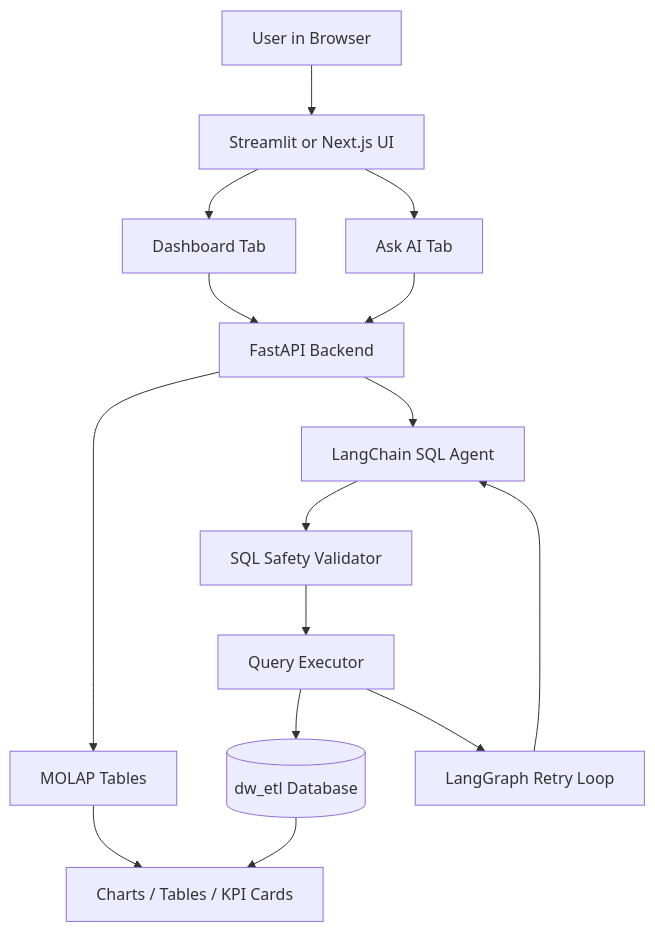
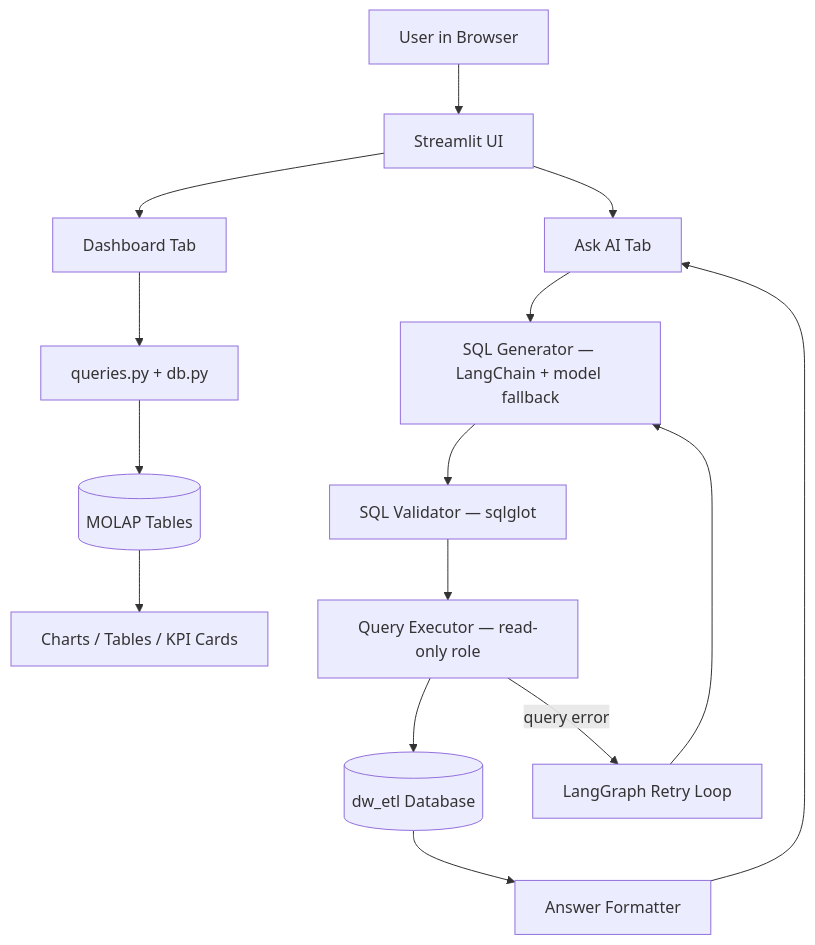
Before and after one commit to mahnurrajput/FinQuery-AI-Warehouse-and-SQL-Agent: the second of 2 diagrams in README.md, drawn with Mermaid. The commit also changed other lines of this file, not shown here.

````diff
--- a/README.md
+++ b/README.md
@@ -48,17 +48,17 @@
 ```mermaid
 flowchart TD
-    U[User in Browser] --> UI[Streamlit or Next.js UI]
+    U[User in Browser] --> UI[Streamlit UI]
     UI --> DASH[Dashboard Tab]
     UI --> ASK[Ask AI Tab]
-    DASH --> API[FastAPI Backend]
-    ASK --> API
-    API --> MOLAP[MOLAP Tables]
-    API --> AGENT[LangChain SQL Agent]
-    AGENT --> VALIDATE[SQL Safety Validator]
-    VALIDATE --> EXECUTE[Query Executor]
-    EXECUTE --> DB[(dw_etl Database)]
-    EXECUTE --> RETRY[LangGraph Retry Loop]
-    RETRY --> AGENT
+    DASH --> QRY[queries.py + db.py]
+    QRY --> MOLAP[(MOLAP Tables)]
+    ASK --> GEN[SQL Generator — LangChain + model fallback]
+    GEN --> VAL[SQL Validator — sqlglot]
+    VAL --> EXEC[Query Executor — read-only role]
+    EXEC --> DB[(dw_etl Database)]
+    EXEC -->|query error| RETRY[LangGraph Retry Loop]
+    RETRY --> GEN
+    DB --> FMT[Answer Formatter]
+    FMT --> ASK
     MOLAP --> CHARTS[Charts / Tables / KPI Cards]
-    DB --> CHARTS
 ```
````
